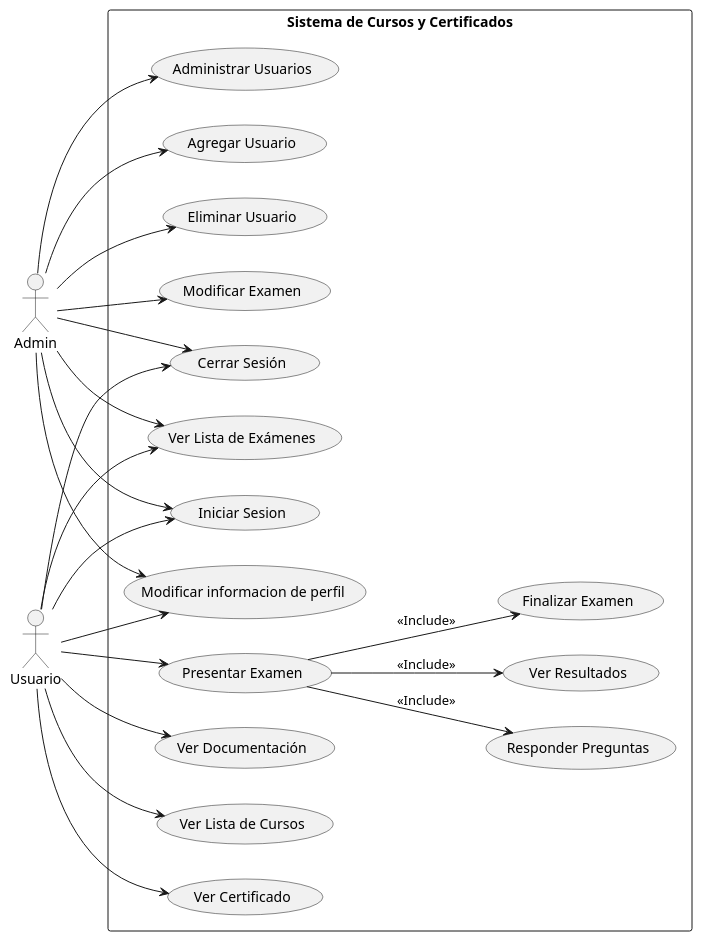
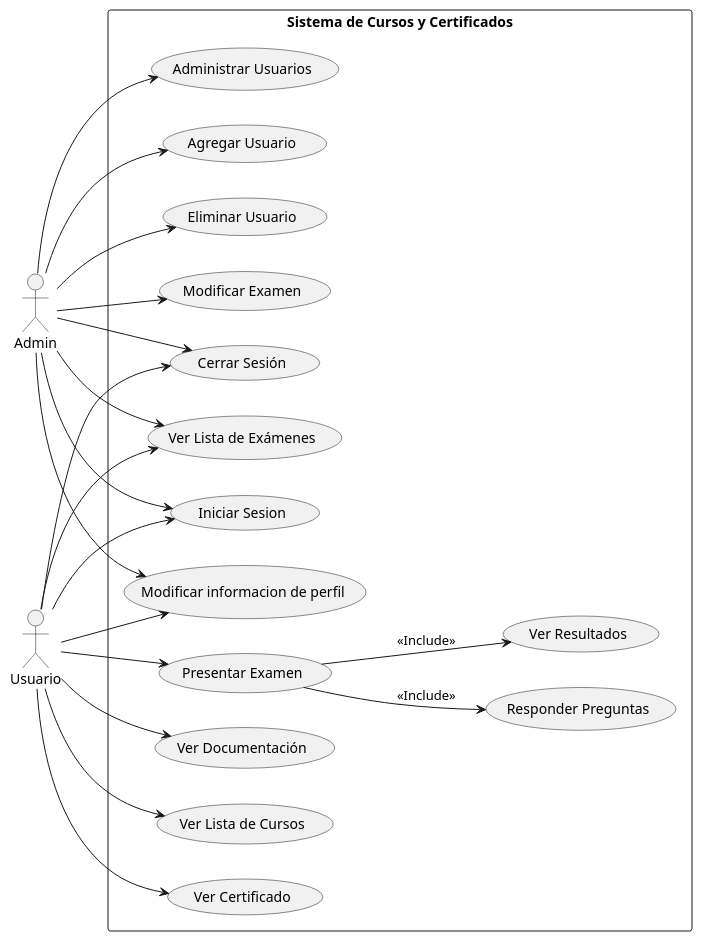
One commit to Carverz/IS-022023_Proyecto-Grupo-4 changed the diagram in docs/scenariosView/DiagramaCasosDeUsos.plantuml. Above: the diagram before and after it, drawn with PlantUML. The commit also changed 5 other files, not shown here.

Commit message:
Cambios en diagramas de analisis y colaboracion de presentar examen

```diff
--- a/docs/scenariosView/DiagramaCasosDeUsos.plantuml
+++ b/docs/scenariosView/DiagramaCasosDeUsos.plantuml
@@ -1,34 +1,33 @@
 @startuml
 left to right direction
 
 actor Admin as A
 actor Usuario as U1
 
 rectangle "Sistema de Cursos y Certificados" {
   
   A --> (Iniciar Sesion)
   A --> (Cerrar Sesión)
   A --> (Administrar Usuarios)
   A --> (Agregar Usuario)
   A --> (Eliminar Usuario)
   A --> (Ver Lista de Exámenes)
   A --> (Modificar Examen)
   A --> (Modificar informacion de perfil)
   U1 --> (Iniciar Sesion)
   U1 --> (Cerrar Sesión)
   U1 --> (Ver Documentación)
   U1 --> (Ver Lista de Cursos)
   U1 --> (Ver Lista de Exámenes)
   U1 --> (Ver Certificado)
   U1 --> (Presentar Examen) 
   (Presentar Examen)  --> (Responder Preguntas): <<Include>>
   (Presentar Examen) --> (Ver Resultados): <<Include>>
   U1--> (Modificar informacion de perfil)
-  (Presentar Examen) --> (Finalizar Examen): <<Include>>
 
 
   
 
 }
 
 @enduml
```
